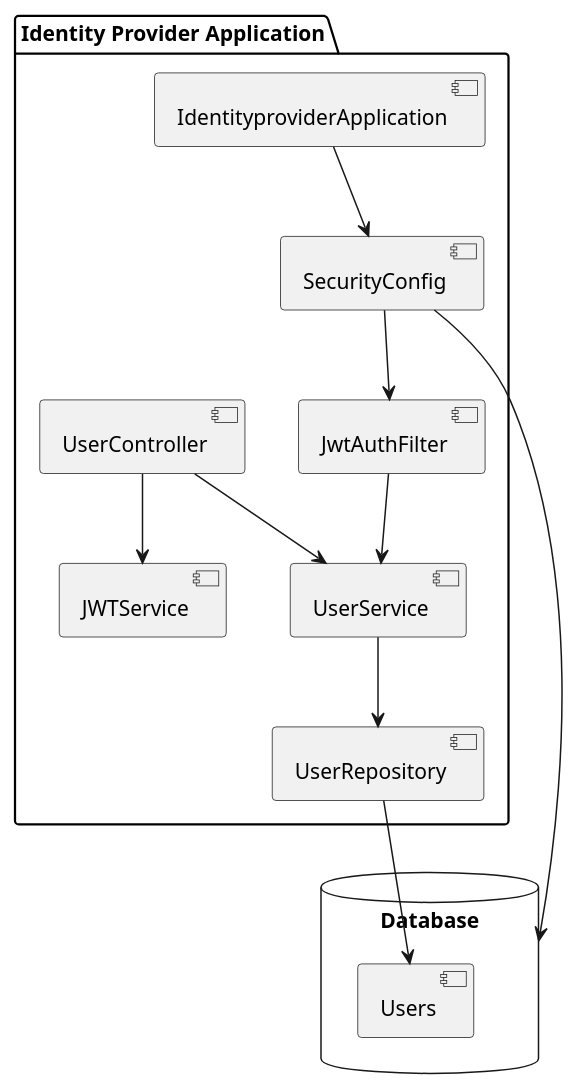
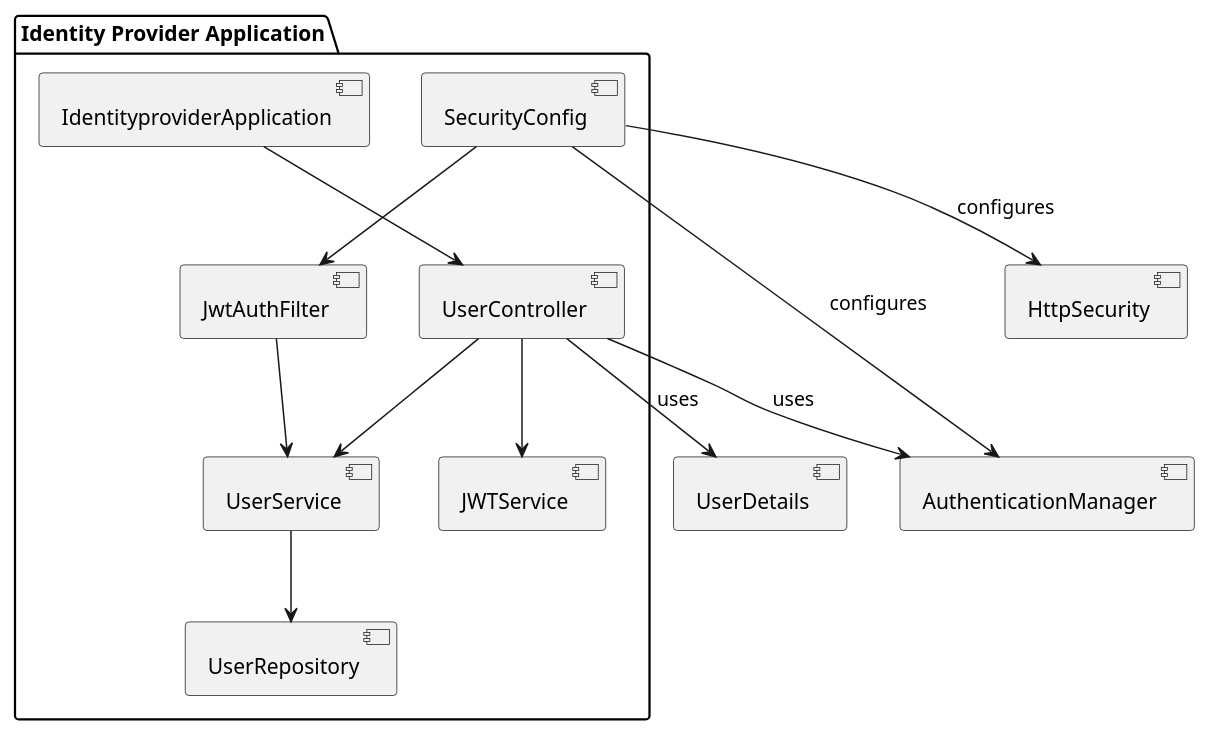
Before and after one commit to Dinesh-s95/AutoDoc.ai: the diagram in identityprovider/documentation/architecturedesign.adoc, drawn with PlantUML. The commit also changed other lines of this file and 18 other files, not shown here.

```diff
--- a/identityprovider/documentation/architecturedesign.adoc
+++ b/identityprovider/documentation/architecturedesign.adoc
@@ -9,28 +9,33 @@
-[plantuml, "system-architecture", png]
-....
+[plantuml, diagram-architecture, png]
+----
 @startuml
+skinparam componentStyle uml2
+
 package "Identity Provider Application" {
-  [IdentityproviderApplication] as app
-  [SecurityConfig] as security
-  [UserController] as userCtrl
-  [JwtAuthFilter] as jwtFilter
-  [JWTService] as jwtService
-  [UserService] as userService
-  [UserRepository] as userRepo
+    [IdentityproviderApplication] as app
+    [UserController] as controller
+    [UserService] as service
+    [UserRepository] as repository
+    [JWTService] as jwtService
+    [SecurityConfig] as security
+    [JwtAuthFilter] as jwtFilter
+
+    app --> controller
+    controller --> service
+    service --> repository
+    controller --> jwtService
+    security --> jwtFilter
+    jwtFilter --> service
 }
 
-database "Database" {
-  [Users]
-}
+[UserDetails] as userDetails
+[AuthenticationManager] as authManager
+[HttpSecurity] as httpSecurity
 
-app --> security
-userCtrl --> jwtService
-userCtrl --> userService
-jwtFilter --> userService
-userService --> userRepo
-userRepo --> [Users]
-security --> jwtFilter
-security --> [Database]
+controller --> userDetails : uses
+controller --> authManager : uses
+security --> authManager : configures
+security --> httpSecurity : configures
 
 @enduml
-....
+----
```
